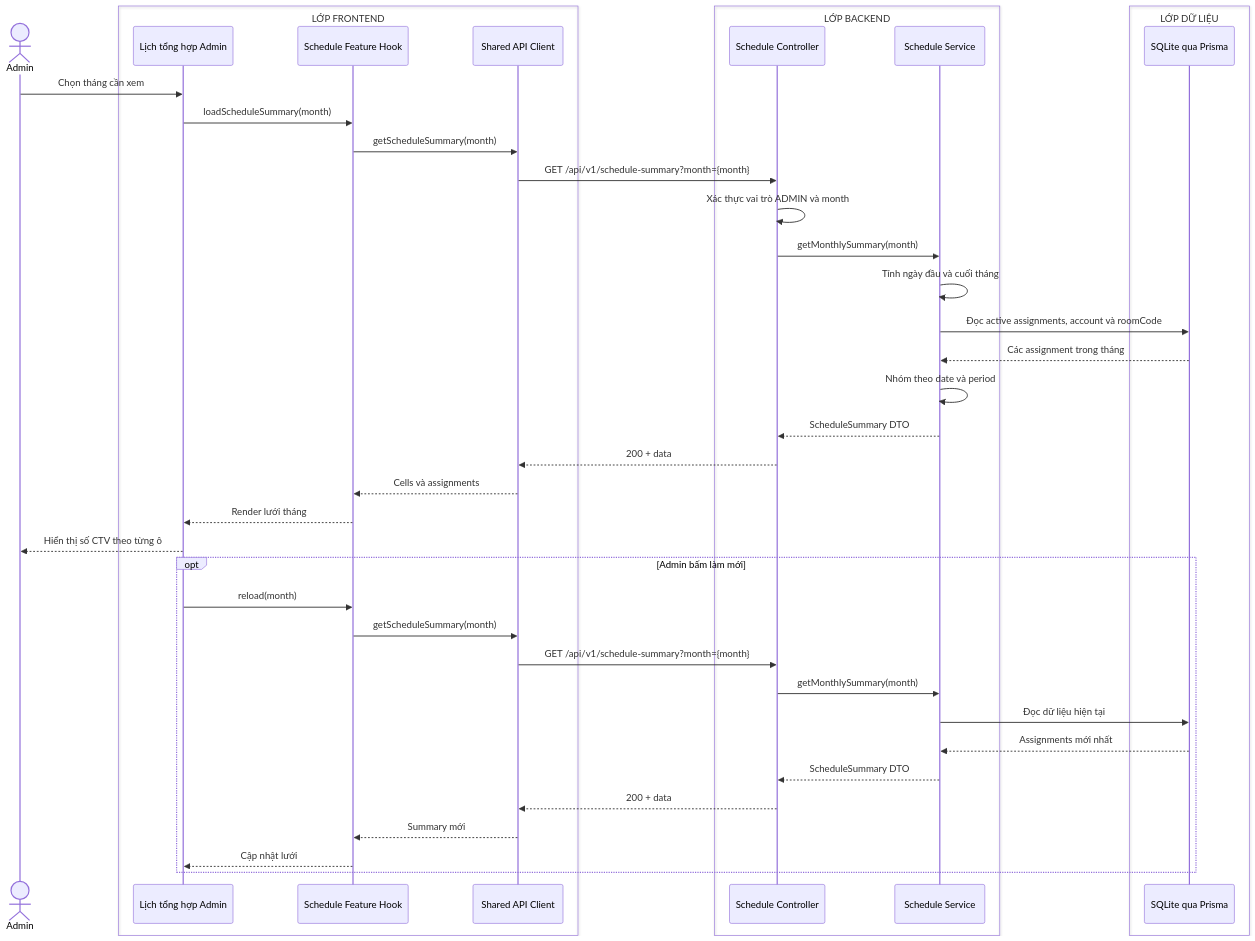
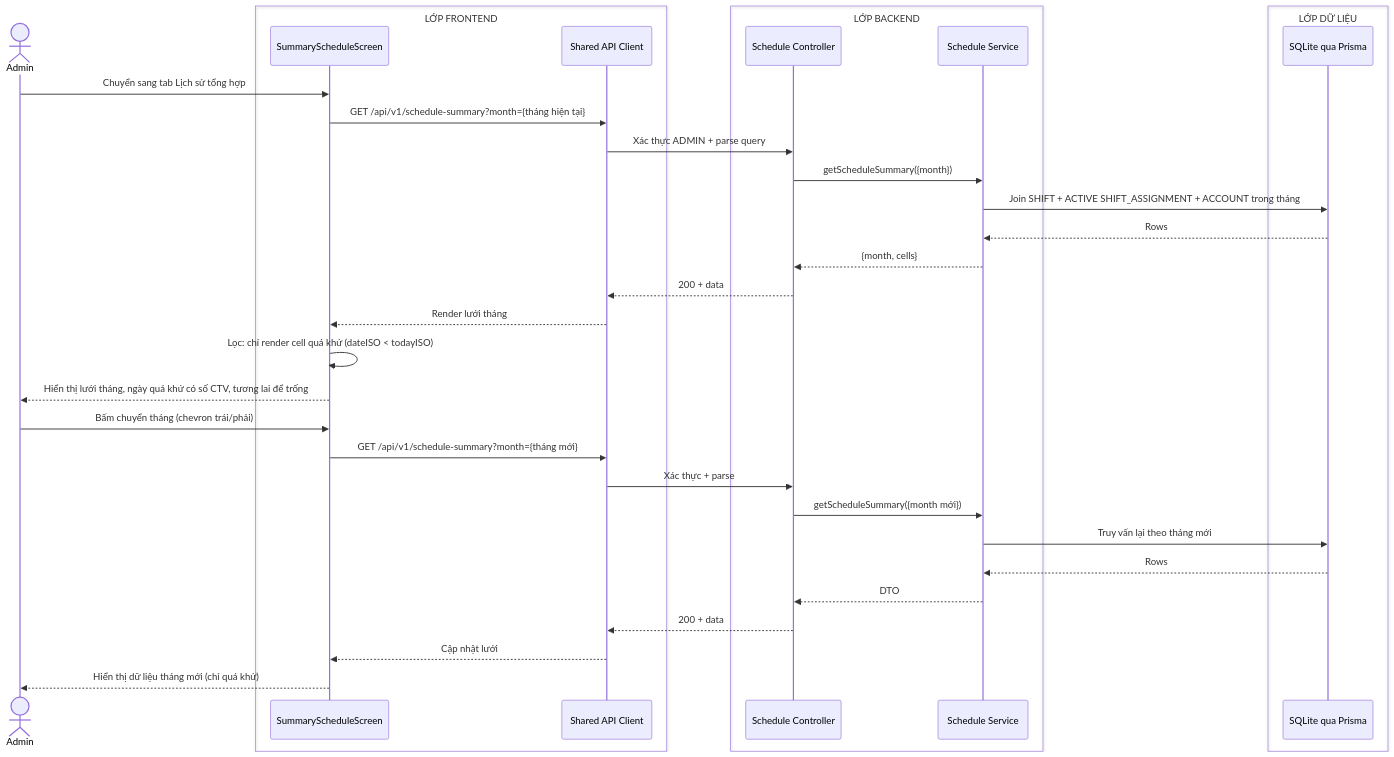
The second of 3 diagrams in docs/sequence-diagrams/07-xem-lich-lam-viec-tong-hop.md (MINHDZVODICH/ctv-manage), drawn with Mermaid before and after one commit. The commit also changed other lines of this file and 227 other files, not shown here.

````diff
--- a/docs/sequence-diagrams/07-xem-lich-lam-viec-tong-hop.md
+++ b/docs/sequence-diagrams/07-xem-lich-lam-viec-tong-hop.md
@@ -5,45 +50,38 @@
 ```mermaid
 sequenceDiagram
     actor A as Admin
     box LỚP FRONTEND
-        participant UI as Lịch tổng hợp Admin
-        participant H as Schedule Feature Hook
+        participant UI as SummaryScheduleScreen
         participant API as Shared API Client
     end
     box LỚP BACKEND
         participant C as Schedule Controller
         participant S as Schedule Service
     end
     box LỚP DỮ LIỆU
         participant DB as SQLite qua Prisma
     end
 
-    A->>UI: Chọn tháng cần xem
-    UI->>H: loadScheduleSummary(month)
-    H->>API: getScheduleSummary(month)
-    API->>C: GET /api/v1/schedule-summary?month={month}
-    C->>C: Xác thực vai trò ADMIN và month
-    C->>S: getMonthlySummary(month)
-    S->>S: Tính ngày đầu và cuối tháng
-    S->>DB: Đọc active assignments, account và roomCode
-    DB-->>S: Các assignment trong tháng
-    S->>S: Nhóm theo date và period
-    S-->>C: ScheduleSummary DTO
+    A->>UI: Chuyển sang tab Lịch sử tổng hợp
+    UI->>API: GET /api/v1/schedule-summary?month={tháng hiện tại}
+    API->>C: Xác thực ADMIN + parse query
+    C->>S: getScheduleSummary({month})
+    S->>DB: Join SHIFT + ACTIVE SHIFT_ASSIGNMENT + ACCOUNT trong tháng
+    DB-->>S: Rows
+    S-->>C: {month, cells}
     C-->>API: 200 + data
-    API-->>H: Cells và assignments
-    H-->>UI: Render lưới tháng
-    UI-->>A: Hiển thị số CTV theo từng ô
+    API-->>UI: Render lưới tháng
+    UI->>UI: Lọc: chỉ render cell quá khứ (dateISO < todayISO)
+    UI-->>A: Hiển thị lưới tháng, ngày quá khứ có số CTV, tương lai để trống
 
-    opt Admin bấm làm mới
-        UI->>H: reload(month)
-        H->>API: getScheduleSummary(month)
-        API->>C: GET /api/v1/schedule-summary?month={month}
-        C->>S: getMonthlySummary(month)
-        S->>DB: Đọc dữ liệu hiện tại
-        DB-->>S: Assignments mới nhất
-        S-->>C: ScheduleSummary DTO
-        C-->>API: 200 + data
-        API-->>H: Summary mới
-        H-->>UI: Cập nhật lưới
-    end
+    A->>UI: Bấm chuyển tháng (chevron trái/phải)
+    UI->>API: GET /api/v1/schedule-summary?month={tháng mới}
+    API->>C: Xác thực + parse
+    C->>S: getScheduleSummary({month mới})
+    S->>DB: Truy vấn lại theo tháng mới
+    DB-->>S: Rows
+    S-->>C: DTO
+    C-->>API: 200 + data
+    API-->>UI: Cập nhật lưới
+    UI-->>A: Hiển thị dữ liệu tháng mới (chỉ quá khứ)
 ```
````
